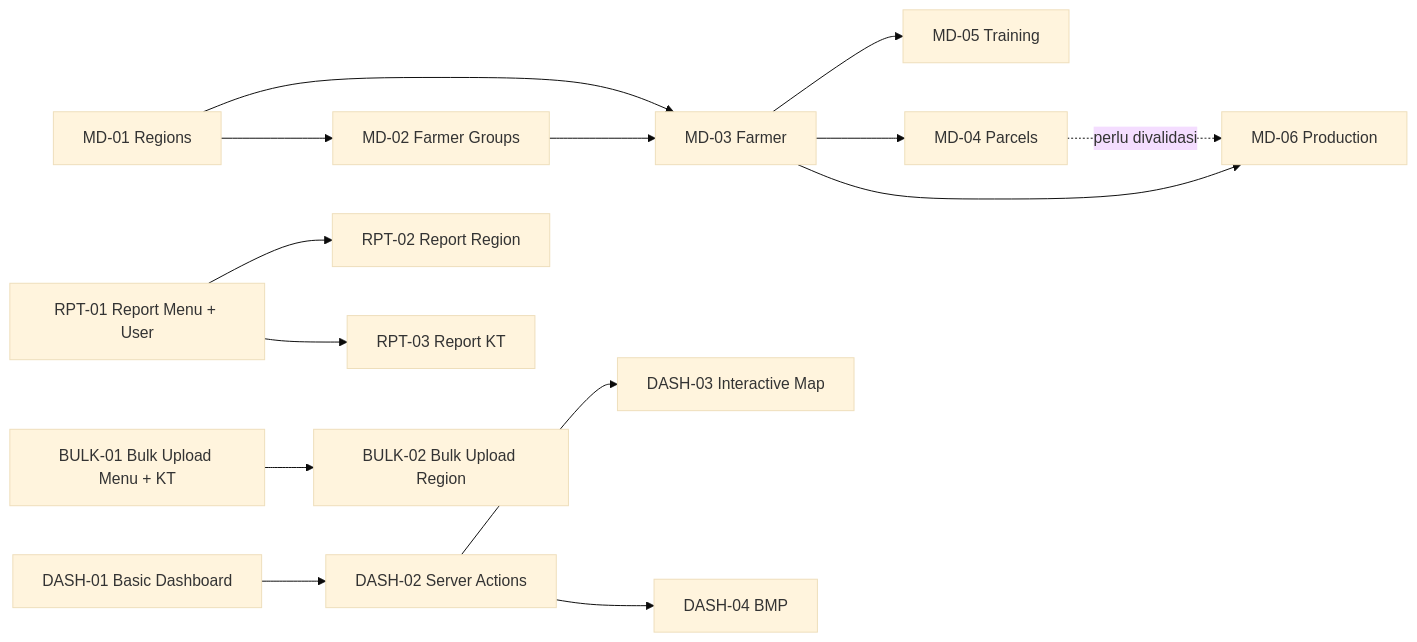
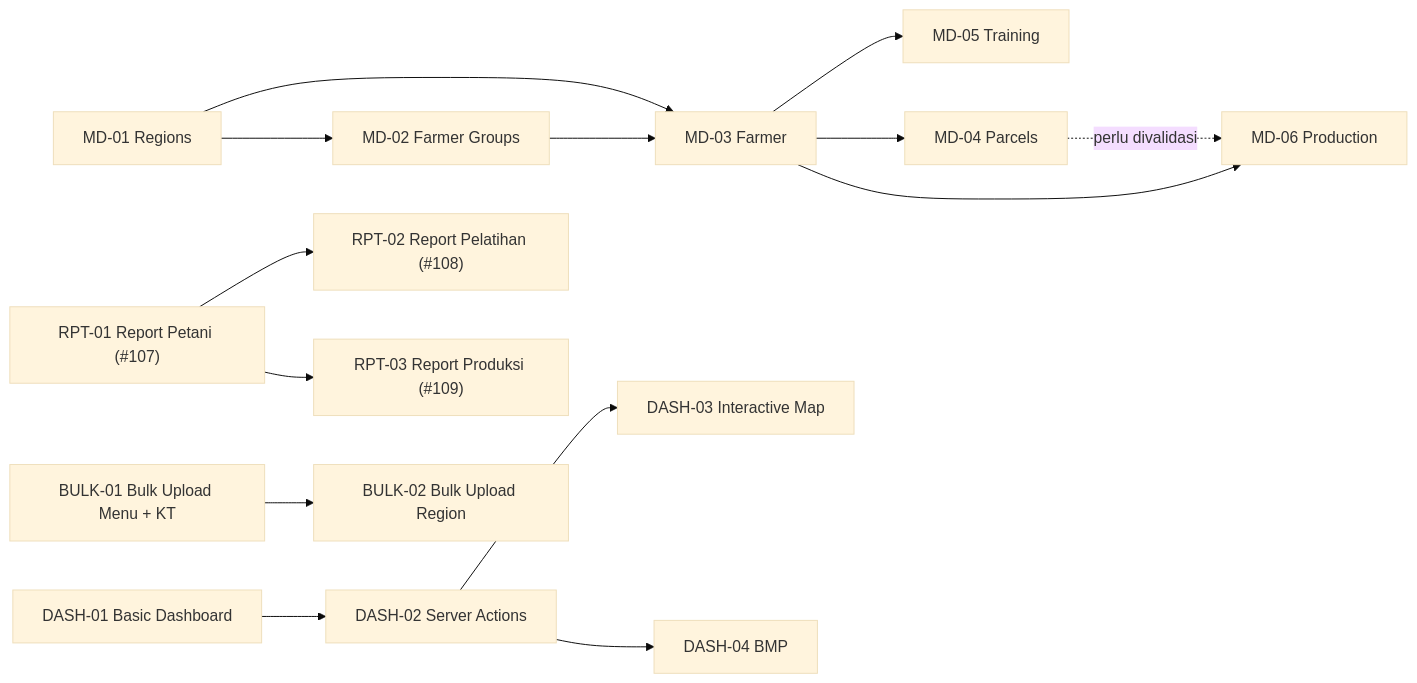
Before and after one commit to WRI-Indonesia/mis-smallholder-hub: the second of 2 diagrams in docs/progress.md, drawn with Mermaid (base theme). The commit also changed other lines of this file, not shown here.

Commit message:
docs: update progress tracking and report module planning with new GitHub issues #107-#109

````diff
--- a/docs/progress.md
+++ b/docs/progress.md
@@ -367,16 +360,16 @@
 ```mermaid
 flowchart LR
     MD01["MD-01 Regions"] --> MD02["MD-02 Farmer Groups"]
     MD01 --> MD03["MD-03 Farmer"]
     MD02 --> MD03
     MD03 --> MD05["MD-05 Training"]
     MD03 --> MD04["MD-04 Parcels"]
     MD04 -. "perlu divalidasi" .-> MD06["MD-06 Production"]
     MD03 --> MD06
     DASH01["DASH-01 Basic Dashboard"] --> DASH02["DASH-02 Server Actions"]
     DASH02 --> DASH03["DASH-03 Interactive Map"]
     DASH02 --> DASH04["DASH-04 BMP"]
-    RPT01["RPT-01 Report Menu + User"] --> RPT02["RPT-02 Report Region"]
-    RPT01 --> RPT03["RPT-03 Report KT"]
+    RPT01["RPT-01 Report Petani (#107)"] --> RPT02["RPT-02 Report Pelatihan (#108)"]
+    RPT01 --> RPT03["RPT-03 Report Produksi (#109)"]
     BULK01["BULK-01 Bulk Upload Menu + KT"] --> BULK02["BULK-02 Bulk Upload Region"]
 ```
````
